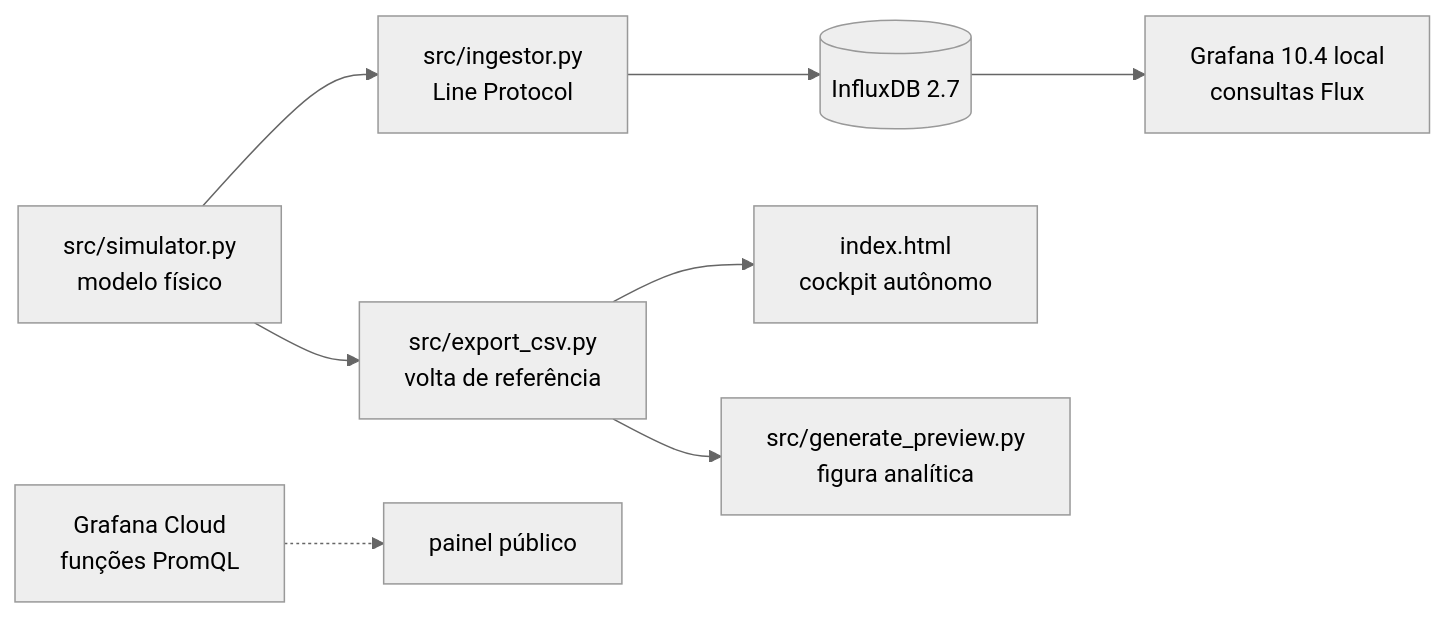
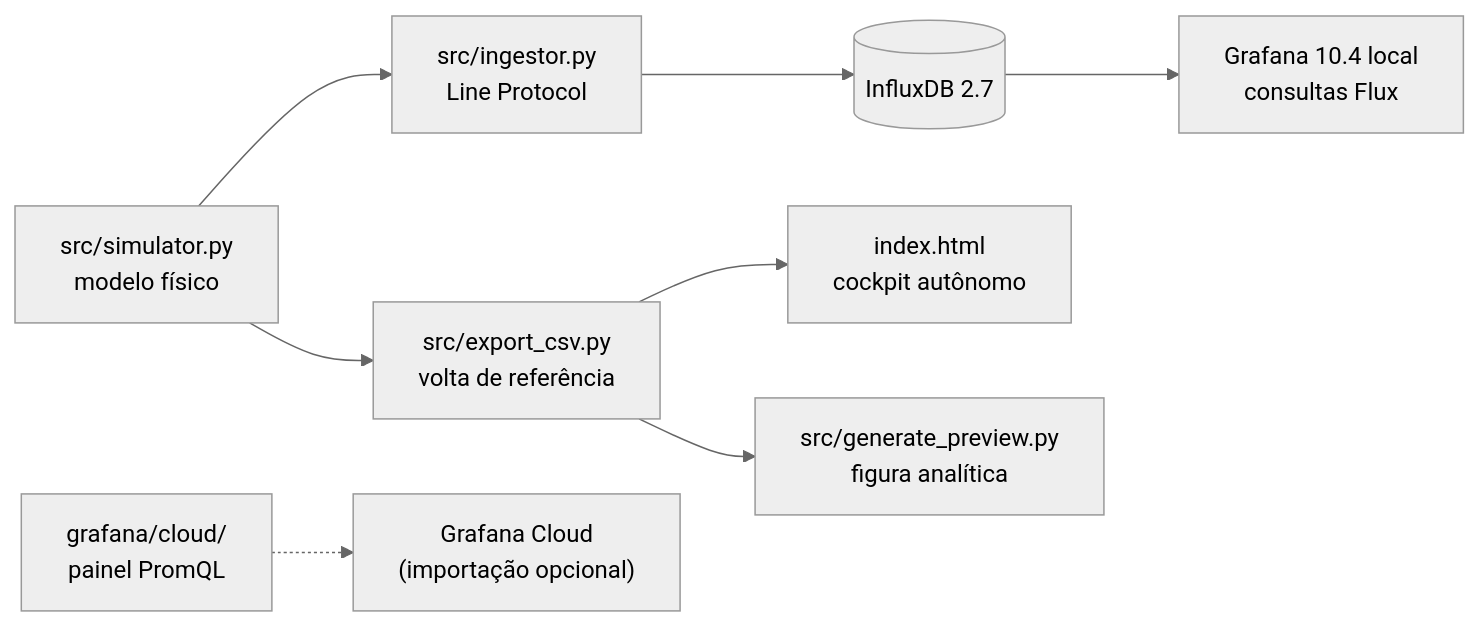
One commit to f1scher01/telemetria-veicular-grafana changed the diagram in README.md. Above: the diagram before and after it, drawn with Mermaid (neutral theme). The commit also changed other lines of this file, not shown here.

Commit message:
README: arquitetura descreve o painel do Grafana Cloud como JSON importável

````diff
--- a/README.md
+++ b/README.md
@@ -124,10 +124,10 @@
 ```mermaid
 flowchart LR
     A["src/simulator.py<br/>modelo físico"] --> B["src/ingestor.py<br/>Line Protocol"]
     B --> C[("InfluxDB 2.7")]
     C --> D["Grafana 10.4 local<br/>consultas Flux"]
     A --> E["src/export_csv.py<br/>volta de referência"]
     E --> F["index.html<br/>cockpit autônomo"]
     E --> G["src/generate_preview.py<br/>figura analítica"]
-    H["Grafana Cloud<br/>funções PromQL"] -.-> I["painel público"]
+    H["grafana/cloud/<br/>painel PromQL"] -.-> I["Grafana Cloud<br/>(importação opcional)"]
 ```
````
